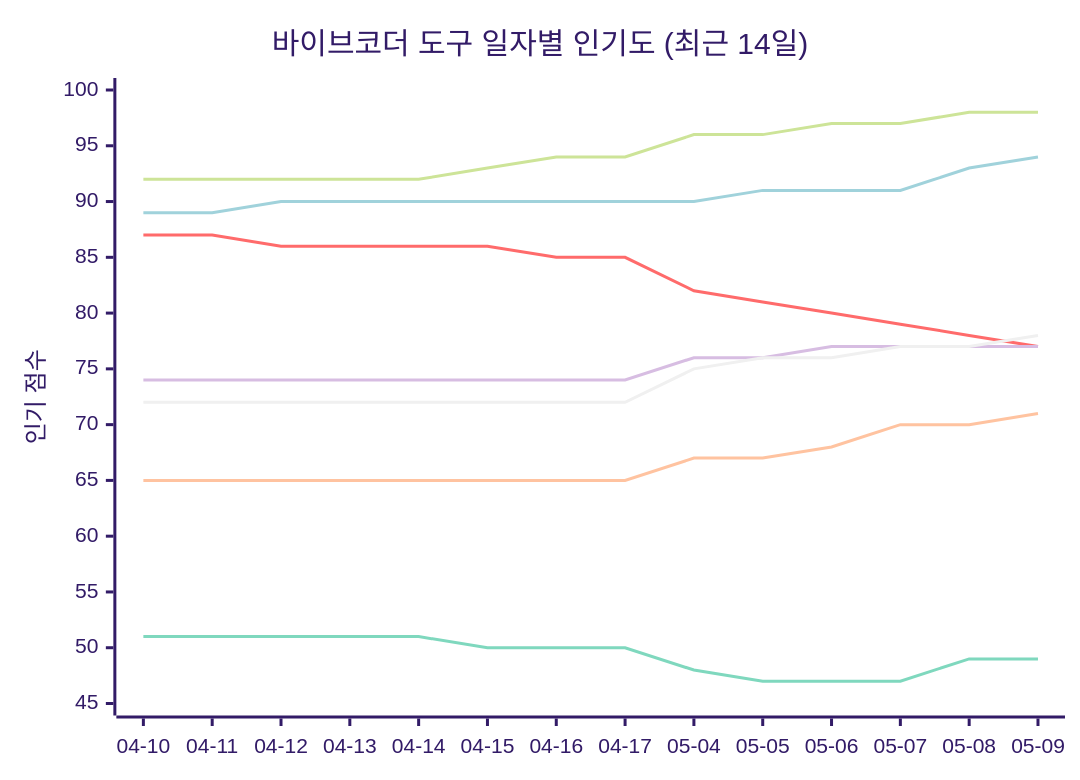
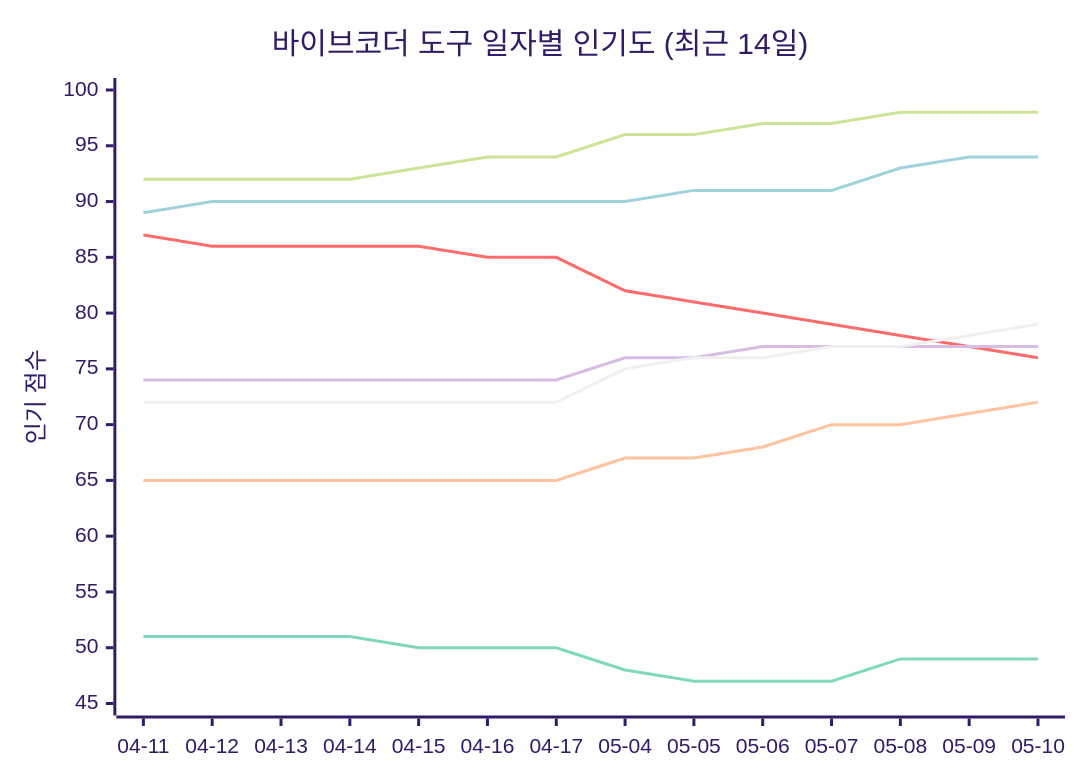
One commit to tykimos/ai-whatchelin changed the seventh of 11 diagrams in README_ko.md. Above: the diagram before and after it, drawn with Mermaid (forest theme). The commit also changed other lines of this file and 4 other files, not shown here.

````diff
--- a/README_ko.md
+++ b/README_ko.md
@@ -740,13 +743,13 @@
 ```mermaid
 xychart-beta
     title "바이브코더 도구 일자별 인기도 (최근 14일)"
-    x-axis ["04-10", "04-11", "04-12", "04-13", "04-14", "04-15", "04-16", "04-17", "05-04", "05-05", "05-06", "05-07", "05-08", "05-09"]
+    x-axis ["04-11", "04-12", "04-13", "04-14", "04-15", "04-16", "04-17", "05-04", "05-05", "05-06", "05-07", "05-08", "05-09", "05-10"]
     y-axis "인기 점수" 45 --> 100
-    line "Claude Code" [92, 92, 92, 92, 92, 93, 94, 94, 96, 96, 97, 97, 98, 98]
-    line "GH Copilot" [87, 87, 86, 86, 86, 86, 85, 85, 82, 81, 80, 79, 78, 77]
-    line "Cursor" [89, 89, 90, 90, 90, 90, 90, 90, 90, 91, 91, 91, 93, 94]
-    line "Windsurf" [74, 74, 74, 74, 74, 74, 74, 74, 76, 76, 77, 77, 77, 77]
-    line "Codex CLI" [72, 72, 72, 72, 72, 72, 72, 72, 75, 76, 76, 77, 77, 78]
-    line "Gemini CLI" [65, 65, 65, 65, 65, 65, 65, 65, 67, 67, 68, 70, 70, 71]
-    line "Antigravity" [51, 51, 51, 51, 51, 50, 50, 50, 48, 47, 47, 47, 49, 49]
+    line "Claude Code" [92, 92, 92, 92, 93, 94, 94, 96, 96, 97, 97, 98, 98, 98]
+    line "GH Copilot" [87, 86, 86, 86, 86, 85, 85, 82, 81, 80, 79, 78, 77, 76]
+    line "Cursor" [89, 90, 90, 90, 90, 90, 90, 90, 91, 91, 91, 93, 94, 94]
+    line "Windsurf" [74, 74, 74, 74, 74, 74, 74, 76, 76, 77, 77, 77, 77, 77]
+    line "Codex CLI" [72, 72, 72, 72, 72, 72, 72, 75, 76, 76, 77, 77, 78, 79]
+    line "Gemini CLI" [65, 65, 65, 65, 65, 65, 65, 67, 67, 68, 70, 70, 71, 72]
+    line "Antigravity" [51, 51, 51, 51, 50, 50, 50, 48, 47, 47, 47, 49, 49, 49]
 ```
````
